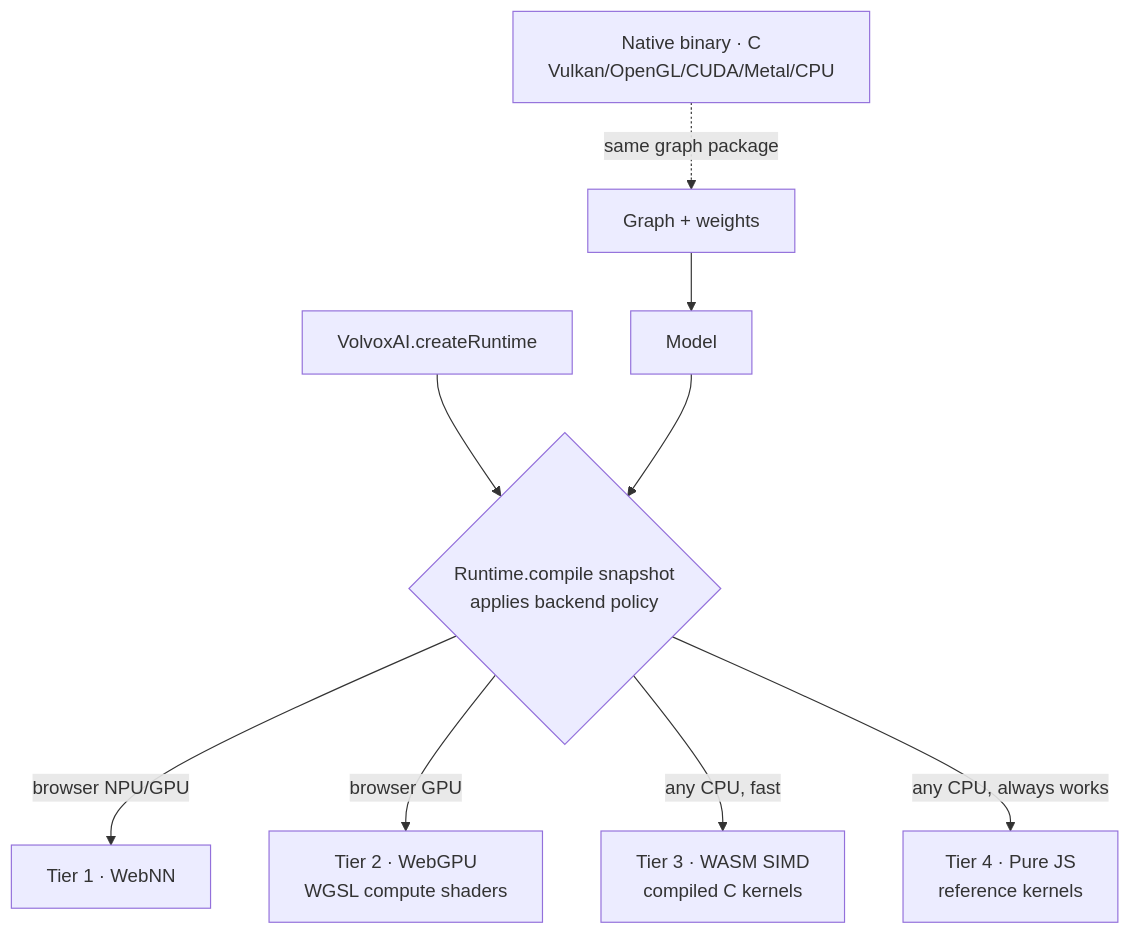
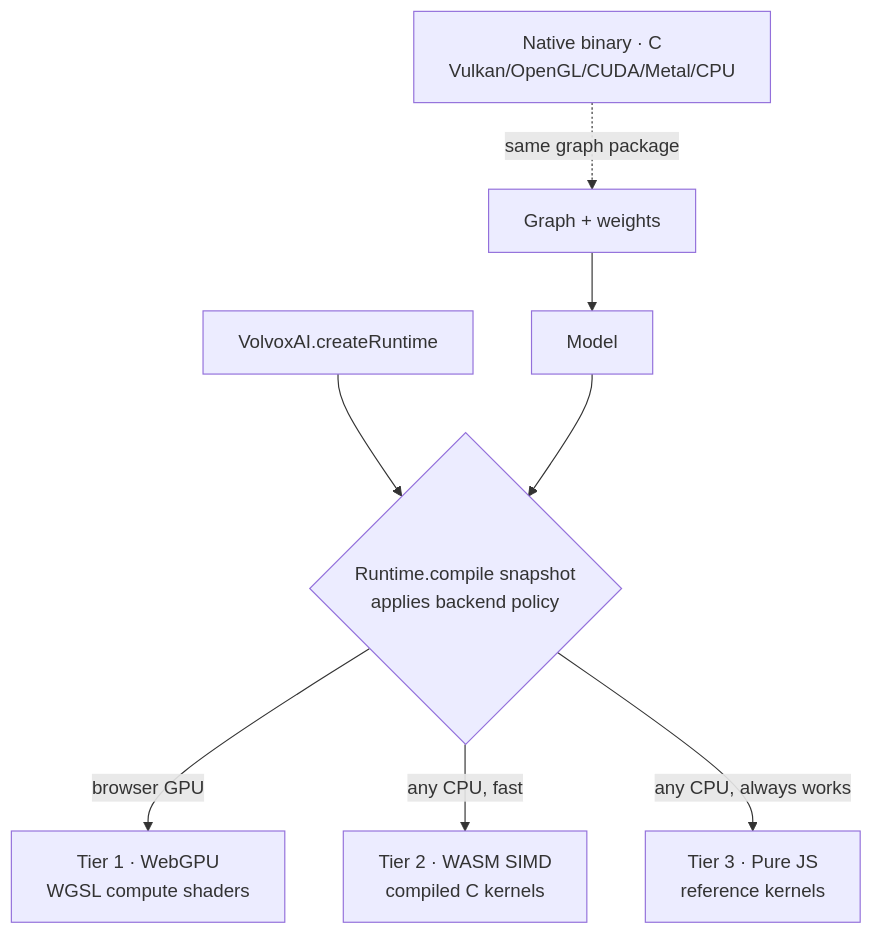
The diagram in docs/textbook/01-foundations.md (ivere27/volvoxai), drawn with Mermaid before and after one commit. The commit also changed other lines of this file and 741 other files, not shown here.

````diff
--- a/docs/textbook/01-foundations.md
+++ b/docs/textbook/01-foundations.md
@@ -304,11 +326,10 @@
 ```mermaid
 flowchart TD
     G[Graph + weights] --> S[Model]
     R[VolvoxAI.createRuntime] --> SEL{Runtime.compile snapshot<br/>applies backend policy}
     S --> SEL
-    SEL -->|browser NPU/GPU| T1[Tier 1 · WebNN]
-    SEL -->|browser GPU| T2[Tier 2 · WebGPU<br/>WGSL compute shaders]
-    SEL -->|any CPU, fast| T3[Tier 3 · WASM SIMD<br/>compiled C kernels]
-    SEL -->|any CPU, always works| T4[Tier 4 · Pure JS<br/>reference kernels]
+    SEL -->|browser GPU| T1[Tier 1 · WebGPU<br/>WGSL compute shaders]
+    SEL -->|any CPU, fast| T2[Tier 2 · WASM SIMD<br/>compiled C kernels]
+    SEL -->|any CPU, always works| T3[Tier 3 · Pure JS<br/>reference kernels]
     N[Native binary · C<br/>Vulkan/OpenGL/CUDA/Metal/CPU] -.same graph package.-> G
 ```
````
